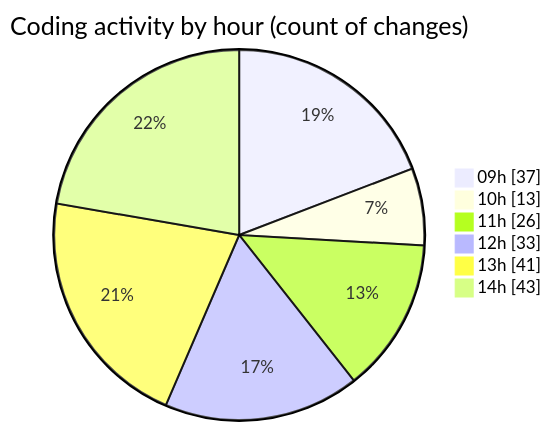
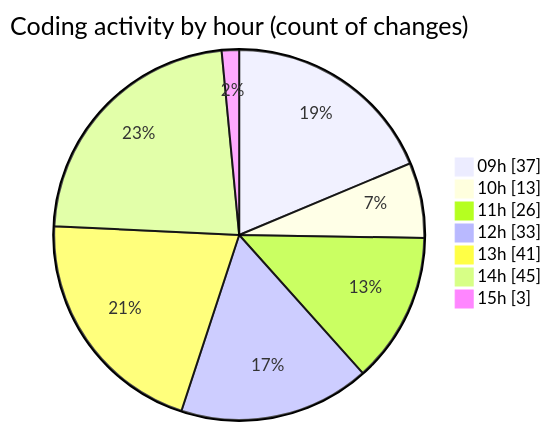
One commit to momahboobian/code-tracking changed the second of 2 diagrams in 2026-04-23/cda/README.md. Above: the diagram before and after it, drawn with Mermaid. The commit also changed other lines of this file and 1 other file, not shown here.

````diff
--- a/2026-04-23/cda/README.md
+++ b/2026-04-23/cda/README.md
@@ -55,10 +55,11 @@
 ```mermaid
 pie showData
 title Coding activity by hour (count of changes)
 "09h" : 37
 "10h" : 13
 "11h" : 26
 "12h" : 33
 "13h" : 41
-"14h" : 43
+"14h" : 45
+"15h" : 3
 ```
````
